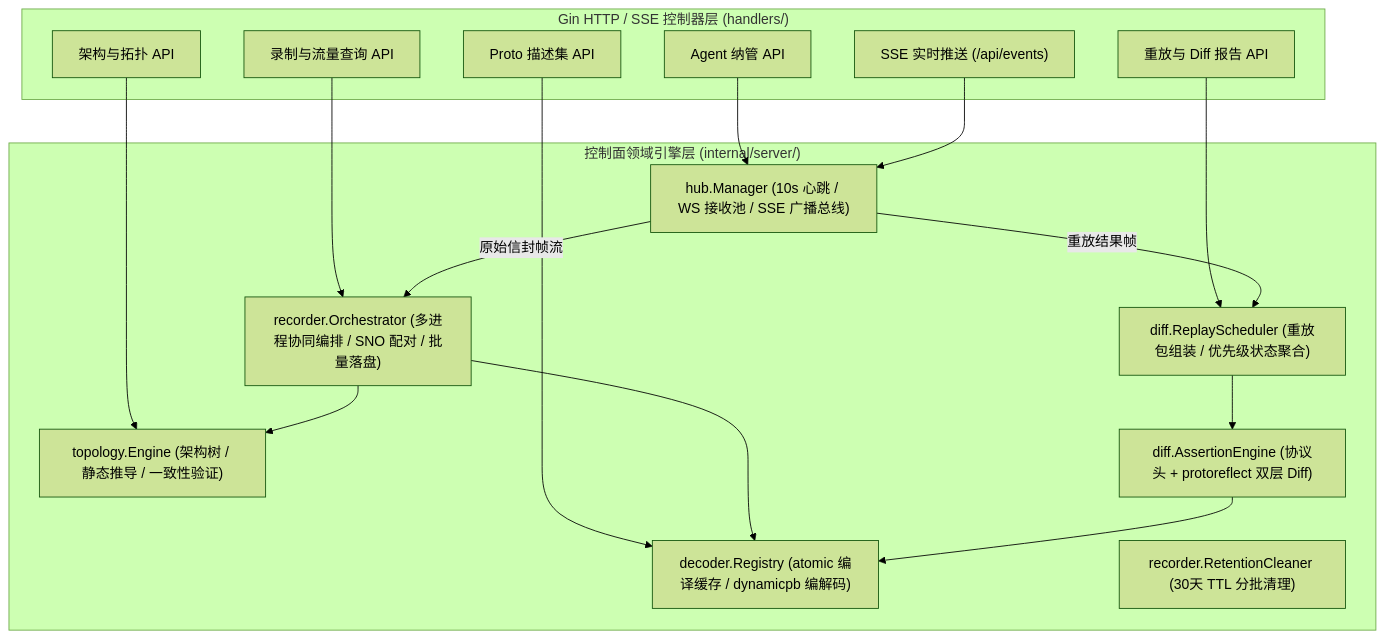
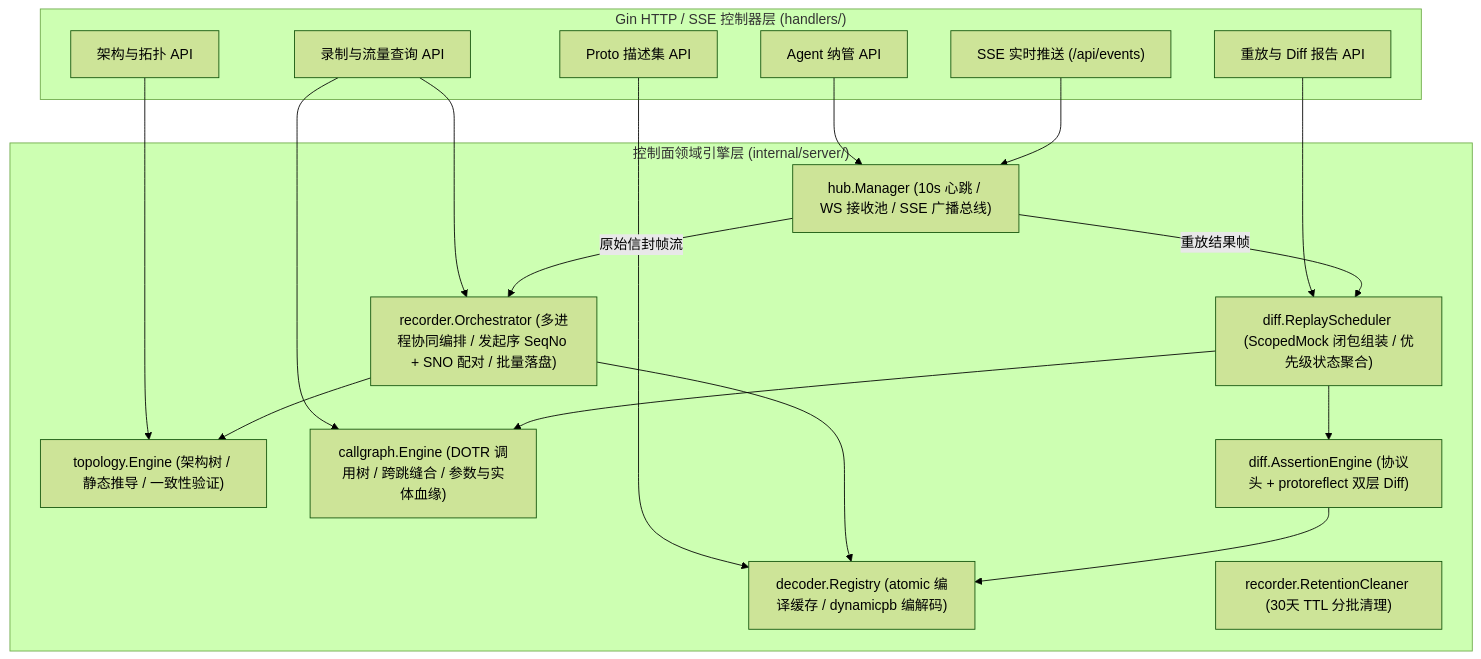
Before and after one commit to fugui/code-traefik: the first of 2 diagrams in docs/02-design/04-control-plane-and-web-console.md, drawn with Mermaid (forest theme). The commit also changed other lines of this file and 9 other files, not shown here.

````diff
--- a/docs/02-design/04-control-plane-and-web-console.md
+++ b/docs/02-design/04-control-plane-and-web-console.md
@@ -14,33 +14,36 @@
 ```mermaid
 flowchart TB
     subgraph Handlers["Gin HTTP / SSE 控制器层 (handlers/)"]
         H_Arch["架构与拓扑 API"]
         H_Proto["Proto 描述集 API"]
         H_Agent["Agent 纳管 API"]
         H_Rec["录制与流量查询 API"]
         H_Replay["重放与 Diff 报告 API"]
         H_SSE["SSE 实时推送 (/api/events)"]
     end
 
     subgraph CoreServices["控制面领域引擎层 (internal/server/)"]
         TopoSvc["topology.Engine (架构树 / 静态推导 / 一致性验证)"]
         DecoderSvc["decoder.Registry (atomic 编译缓存 / dynamicpb 编解码)"]
         HubSvc["hub.Manager (10s 心跳 / WS 接收池 / SSE 广播总线)"]
-        RecSvc["recorder.Orchestrator (多进程协同编排 / SNO 配对 / 批量落盘)"]
-        ReplaySvc["diff.ReplayScheduler (重放包组装 / 优先级状态聚合)"]
+        RecSvc["recorder.Orchestrator (多进程协同编排 / 发起序 SeqNo + SNO 配对 / 批量落盘)"]
+        CallGraphSvc["callgraph.Engine (DOTR 调用树 / 跨跳缝合 / 参数与实体血缘)"]
+        ReplaySvc["diff.ReplayScheduler (ScopedMock 闭包组装 / 优先级状态聚合)"]
         DiffSvc["diff.AssertionEngine (协议头 + protoreflect 双层 Diff)"]
         Cleaner["recorder.RetentionCleaner (30天 TTL 分批清理)"]
     end
 
     H_Arch --> TopoSvc
     H_Proto --> DecoderSvc
     H_Agent --> HubSvc
     H_Rec --> RecSvc
+    H_Rec --> CallGraphSvc
     H_Replay --> ReplaySvc --> DiffSvc
+    ReplaySvc --> CallGraphSvc
     H_SSE --> HubSvc
     HubSvc -- "原始信封帧流" --> RecSvc
     HubSvc -- "重放结果帧" --> ReplaySvc
     RecSvc --> DecoderSvc
     RecSvc --> TopoSvc
     DiffSvc --> DecoderSvc
 ```
````
